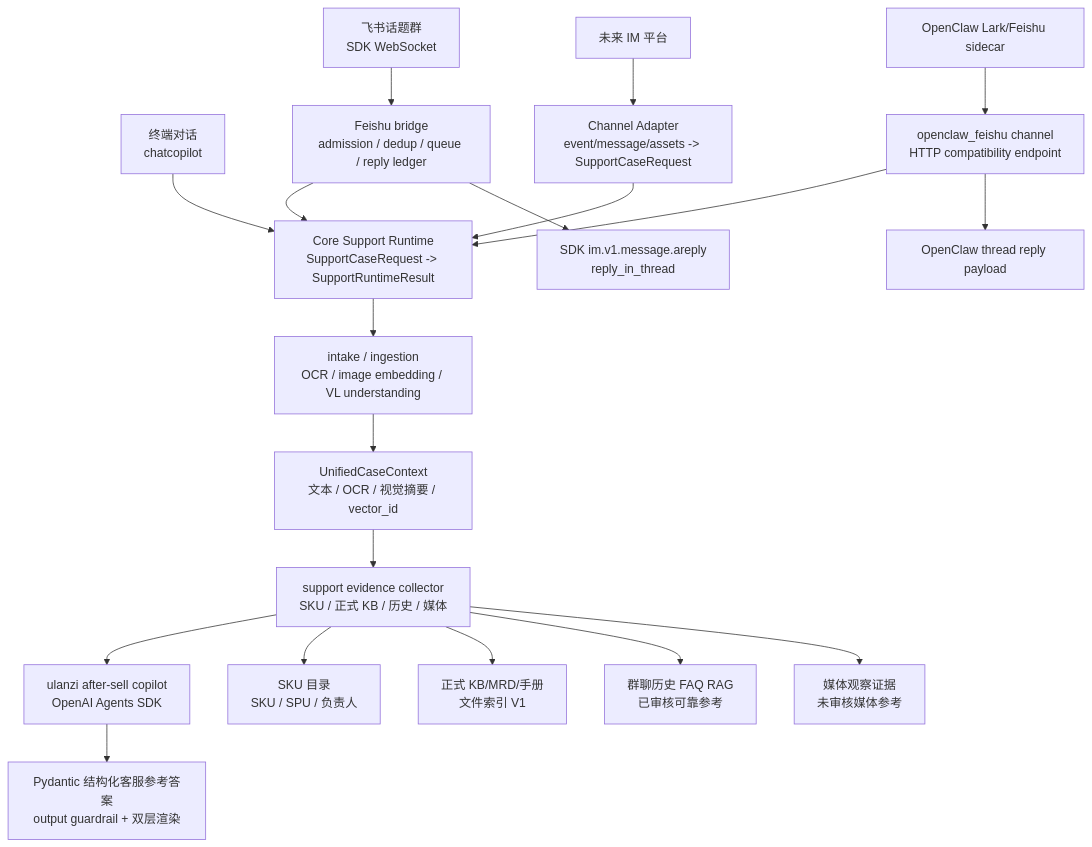
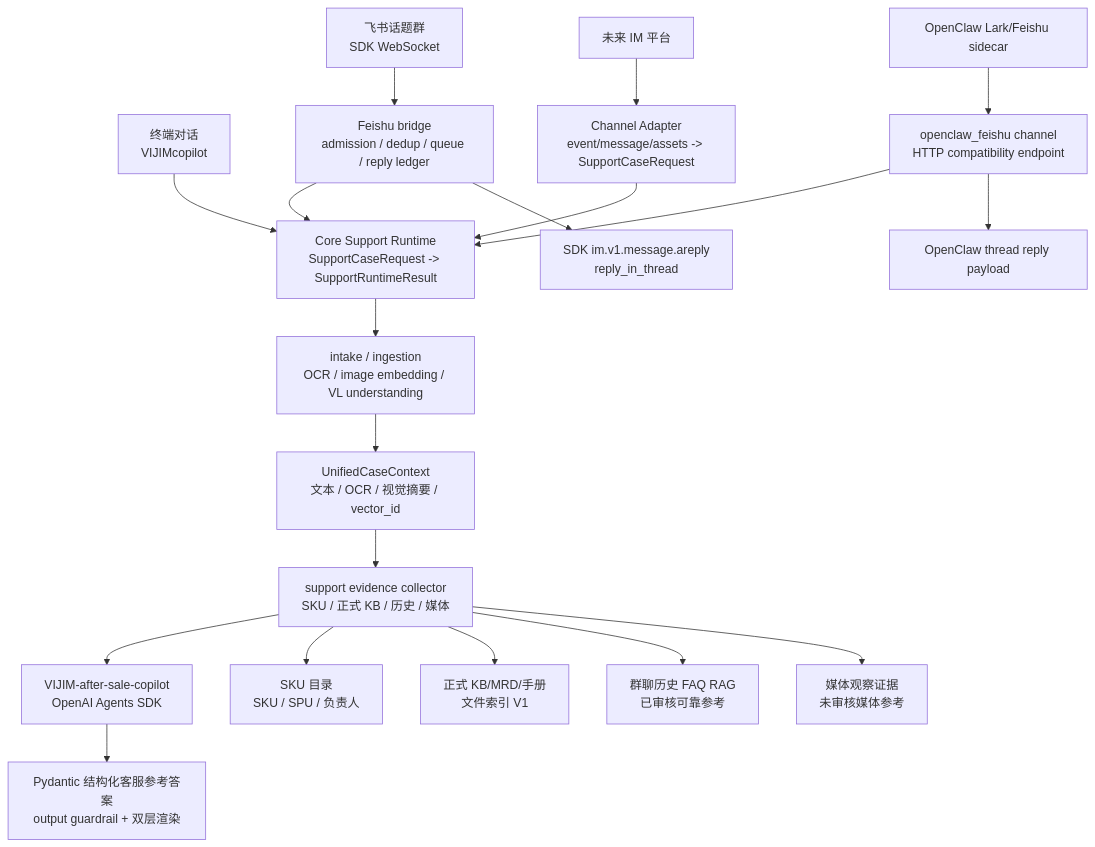
One commit to ccchenhuohuo/after-sale-ai-agent changed the diagram in README.md. Above: the diagram before and after it, drawn with Mermaid. The commit also changed other lines of this file and 58 other files, not shown here.

````diff
--- a/README.md
+++ b/README.md
@@ -9,22 +9,22 @@
 ```mermaid
 flowchart TB
-    cli["终端对话<br/>chatcopilot"]
+    cli["终端对话<br/>VIJIMcopilot"]
     feishu["飞书话题群<br/>SDK WebSocket"] --> bridge["Feishu bridge<br/>admission / dedup / queue / reply ledger"]
     openclaw["OpenClaw Lark/Feishu sidecar"] --> openclaw_channel["openclaw_feishu channel<br/>HTTP compatibility endpoint"]
     future_im["未来 IM 平台"] --> channel["Channel Adapter<br/>event/message/assets -> SupportCaseRequest"]
     cli --> intake["Core Support Runtime<br/>SupportCaseRequest -> SupportRuntimeResult"]
     bridge --> intake
     openclaw_channel --> intake
     channel --> intake
     intake --> ingestion["intake / ingestion<br/>OCR / image embedding / VL understanding"]
     ingestion --> context["UnifiedCaseContext<br/>文本 / OCR / 视觉摘要 / vector_id"]
     context --> evidence["support evidence collector<br/>SKU / 正式 KB / 历史 / 媒体"]
-    evidence --> agent["ulanzi after-sell copilot<br/>OpenAI Agents SDK"]
+    evidence --> agent["VIJIM-after-sale-copilot<br/>OpenAI Agents SDK"]
     bridge --> reply["SDK im.v1.message.areply<br/>reply_in_thread"]
     openclaw_channel --> openclaw_reply["OpenClaw thread reply payload"]
     evidence --> sku["SKU 目录<br/>SKU / SPU / 负责人"]
     evidence --> official["正式 KB/MRD/手册<br/>文件索引 V1"]
     evidence --> history["群聊历史 FAQ RAG<br/>已审核可靠参考"]
     evidence --> media["媒体观察证据<br/>未审核媒体参考"]
     agent --> answer["Pydantic 结构化客服参考答案<br/>output guardrail + 双层渲染"]
 ```
````
